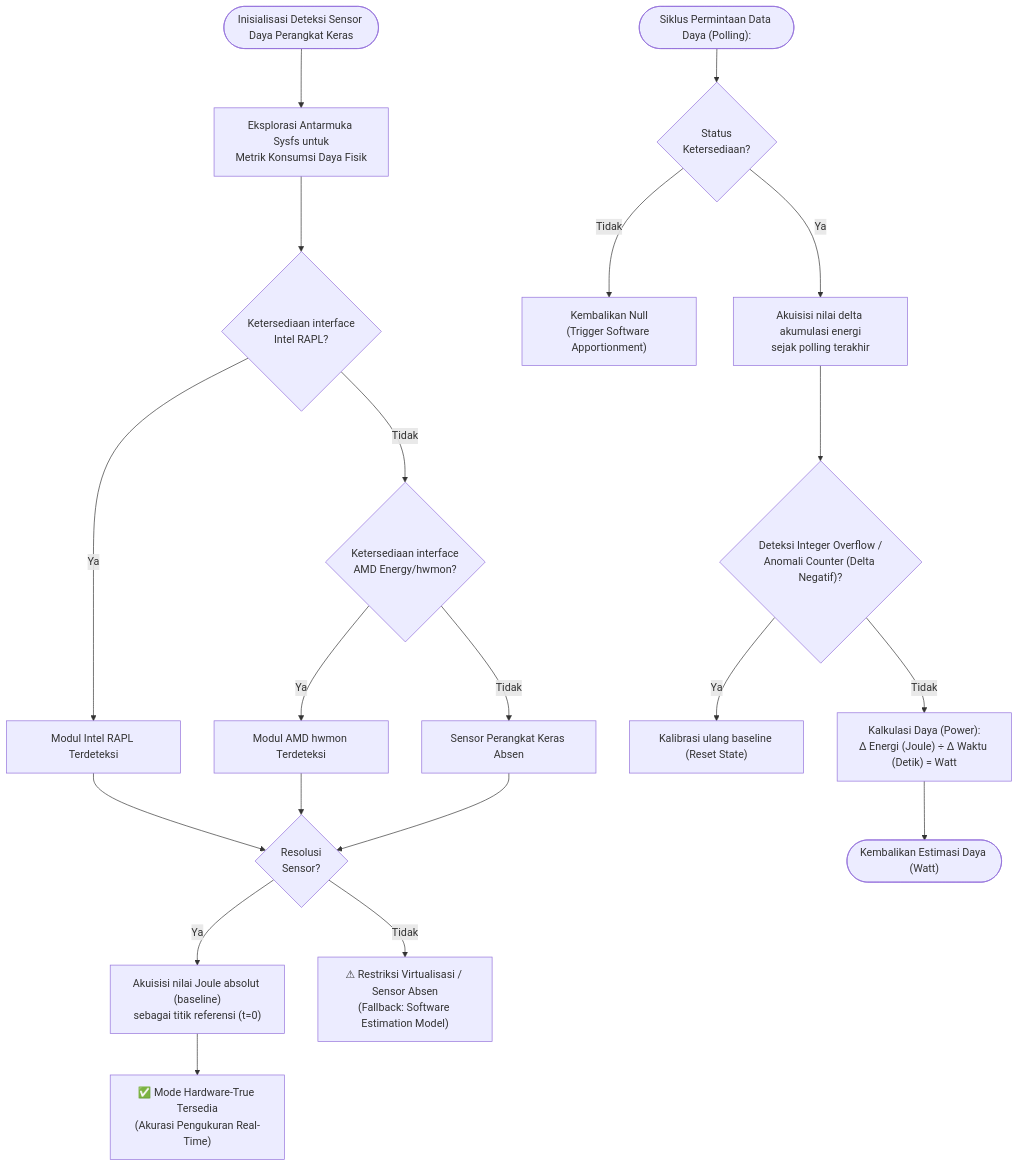
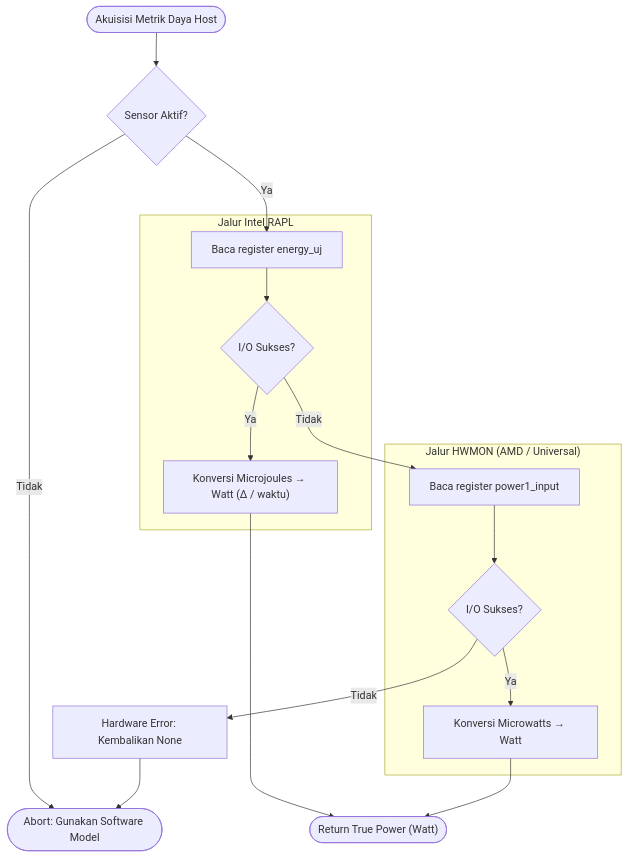
One commit to fauzanreza/green-container-framework changed the second of 2 diagrams in architecture-diagrams/layer-1-profiler/03_hardware_sensor.md. Above: the diagram before and after it, drawn with Mermaid. The commit also changed other lines of this file and 13 other files, not shown here.

Commit message:
edit fitur, menambahkan Architecture Diagram

````diff
--- a/architecture-diagrams/layer-1-profiler/03_hardware_sensor.md
+++ b/architecture-diagrams/layer-1-profiler/03_hardware_sensor.md
@@ -65,49 +49,39 @@
 ```mermaid
 flowchart TD
-    START(["Inisialisasi Deteksi Sensor Daya Perangkat Keras"])
+    START(["Akuisisi Metrik Daya Host"])
 
-    CARI["Eksplorasi Antarmuka Sysfs untuk<br/>Metrik Konsumsi Daya Fisik"]
+    CEK_STATUS{"Sensor Aktif?"}
+    LEWATI(["Abort: Gunakan Software Model"])
 
-    CEK_INTEL{"Ketersediaan interface<br/>Intel RAPL?"}
-    INTEL_ADA["Modul Intel RAPL Terdeteksi"]
+    subgraph INTEL["Jalur Intel RAPL"]
+        BACA_INTEL["Baca register energy_uj"]
+        STATUS_INTEL{"I/O Sukses?"}
+        HITUNG_INTEL["Konversi Microjoules → Watt (Δ / waktu)"]
+    end
 
-    CEK_AMD{"Ketersediaan interface<br/>AMD Energy/hwmon?"}
-    AMD_ADA["Modul AMD hwmon Terdeteksi"]
-    TIDAK_ADA["Sensor Perangkat Keras Absen"]
+    subgraph AMD_GENERIC["Jalur HWMON (AMD / Universal)"]
+        BACA_AMD["Baca register power1_input"]
+        STATUS_AMD{"I/O Sukses?"}
+        HITUNG_AMD["Konversi Microwatts → Watt"]
+    end
 
-    TERSEDIA{"Resolusi<br/>Sensor?"}
-    BACA_AWAL["Akuisisi nilai Joule absolut (baseline)<br/>sebagai titik referensi (t=0)"]
-    BERHASIL["✅ Mode Hardware-True Tersedia<br/>(Akurasi Pengukuran Real-Time)"]
-    GAGAL["⚠ Restriksi Virtualisasi / Sensor Absen<br/>(Fallback: Software Estimation Model)"]
+    GAGAL["Hardware Error: Kembalikan None"]
 
-    DIMINTA(["Siklus Permintaan Data Daya (Polling):"])
-    BISA{"Status<br/>Ketersediaan?"}
-    TIDAK_BISA["Kembalikan Null<br/>(Trigger Software Apportionment)"]
-    BACA["Akuisisi nilai delta akumulasi energi<br/>sejak polling terakhir"]
-    ANOMALI{"Deteksi Integer Overflow /<br/>Anomali Counter (Delta Negatif)?"}
-    RESET["Kalibrasi ulang baseline (Reset State)"]
-    HITUNG["Kalkulasi Daya (Power):<br/>Δ Energi (Joule) ÷ Δ Waktu (Detik) = Watt"]
-    HASIL(["Kembalikan Estimasi Daya (Watt)"])
+    HASIL(["Return True Power (Watt)"])
 
-    START --> CARI
-    CARI --> CEK_INTEL
-    CEK_INTEL -->|Ya| INTEL_ADA
-    CEK_INTEL -->|Tidak| CEK_AMD
-    INTEL_ADA --> TERSEDIA
-    CEK_AMD -->|Ya| AMD_ADA
-    CEK_AMD -->|Tidak| TIDAK_ADA
-    AMD_ADA --> TERSEDIA
-    TIDAK_ADA --> TERSEDIA
+    START --> CEK_STATUS
+    CEK_STATUS -->|Tidak| LEWATI
+    CEK_STATUS -->|Ya| BACA_INTEL
 
-    TERSEDIA -->|Ya| BACA_AWAL
-    TERSEDIA -->|Tidak| GAGAL
-    BACA_AWAL --> BERHASIL
+    BACA_INTEL --> STATUS_INTEL
+    STATUS_INTEL -->|Ya| HITUNG_INTEL
+    STATUS_INTEL -->|Tidak| BACA_AMD
 
-    DIMINTA --> BISA
-    BISA -->|Tidak| TIDAK_BISA
-    BISA -->|Ya| BACA
-    BACA --> ANOMALI
-    ANOMALI -->|Ya| RESET
-    ANOMALI -->|Tidak| HITUNG
-    HITUNG --> HASIL
+    BACA_AMD --> STATUS_AMD
+    STATUS_AMD -->|Ya| HITUNG_AMD
+    STATUS_AMD -->|Tidak| GAGAL
+
+    HITUNG_INTEL --> HASIL
+    HITUNG_AMD --> HASIL
+    GAGAL --> LEWATI
 ```
````
